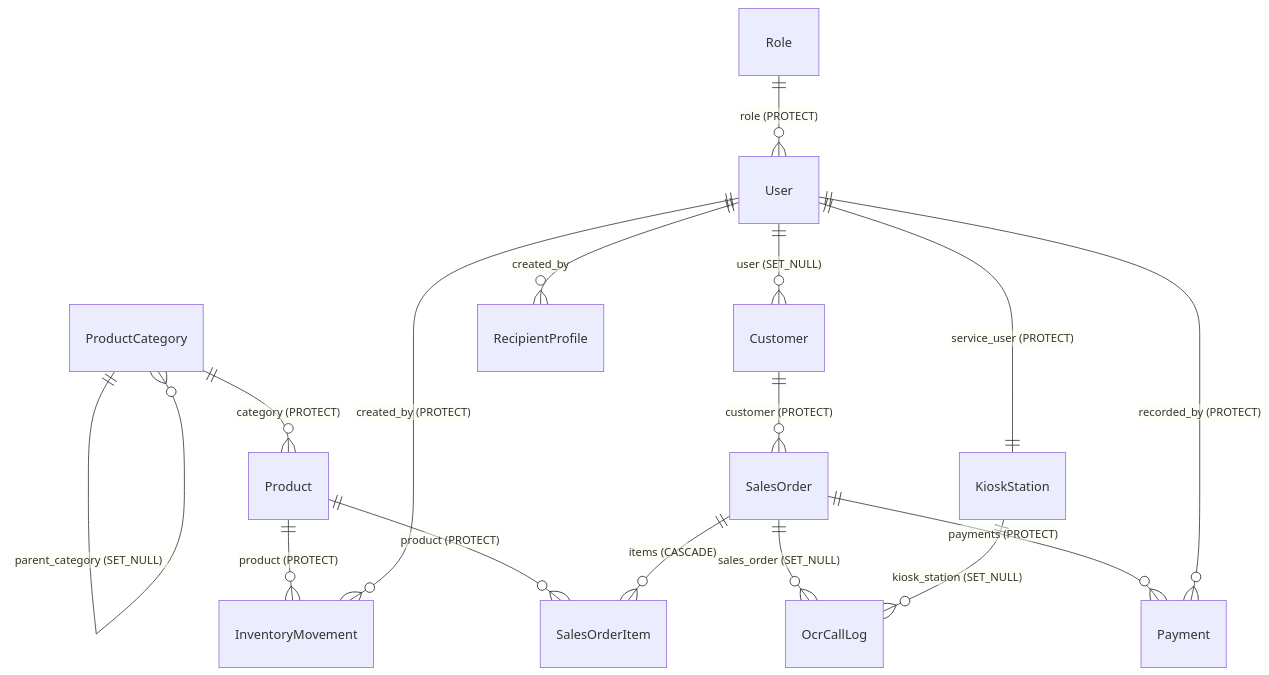
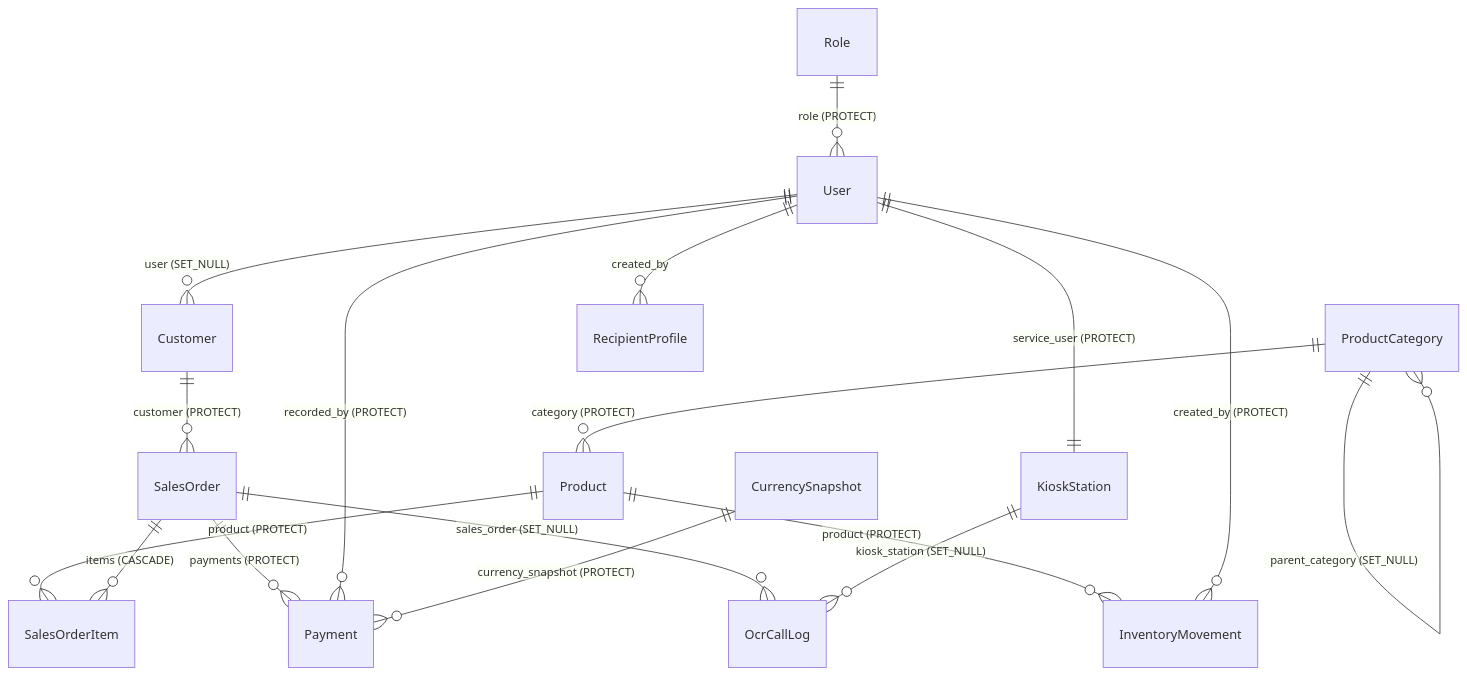
One commit to jp72924/retailops changed the first of 3 diagrams in ARCHITECTURE.md. Above: the diagram before and after it, drawn with Mermaid. The commit also changed other lines of this file, not shown here.

First line of the commit message:
docs: describe the currency snapshot model in ARCHITECTURE.md

````diff
--- a/ARCHITECTURE.md
+++ b/ARCHITECTURE.md
@@ -255,18 +285,19 @@
 ```mermaid
 erDiagram
     Role              ||--o{ User : "role (PROTECT)"
     User              ||--o{ Customer : "user (SET_NULL)"
     User              ||--|| KioskStation : "service_user (PROTECT)"
     ProductCategory   ||--o{ ProductCategory : "parent_category (SET_NULL)"
     ProductCategory   ||--o{ Product : "category (PROTECT)"
     Product           ||--o{ SalesOrderItem : "product (PROTECT)"
     Product           ||--o{ InventoryMovement : "product (PROTECT)"
     Customer          ||--o{ SalesOrder : "customer (PROTECT)"
     SalesOrder        ||--o{ SalesOrderItem : "items (CASCADE)"
     SalesOrder        ||--o{ Payment : "payments (PROTECT)"
     SalesOrder        ||--o{ OcrCallLog : "sales_order (SET_NULL)"
     KioskStation      ||--o{ OcrCallLog : "kiosk_station (SET_NULL)"
     User              ||--o{ Payment : "recorded_by (PROTECT)"
+    CurrencySnapshot  ||--o{ Payment : "currency_snapshot (PROTECT)"
     User              ||--o{ InventoryMovement : "created_by (PROTECT)"
     User              ||--o{ RecipientProfile : "created_by"
 ```
````
